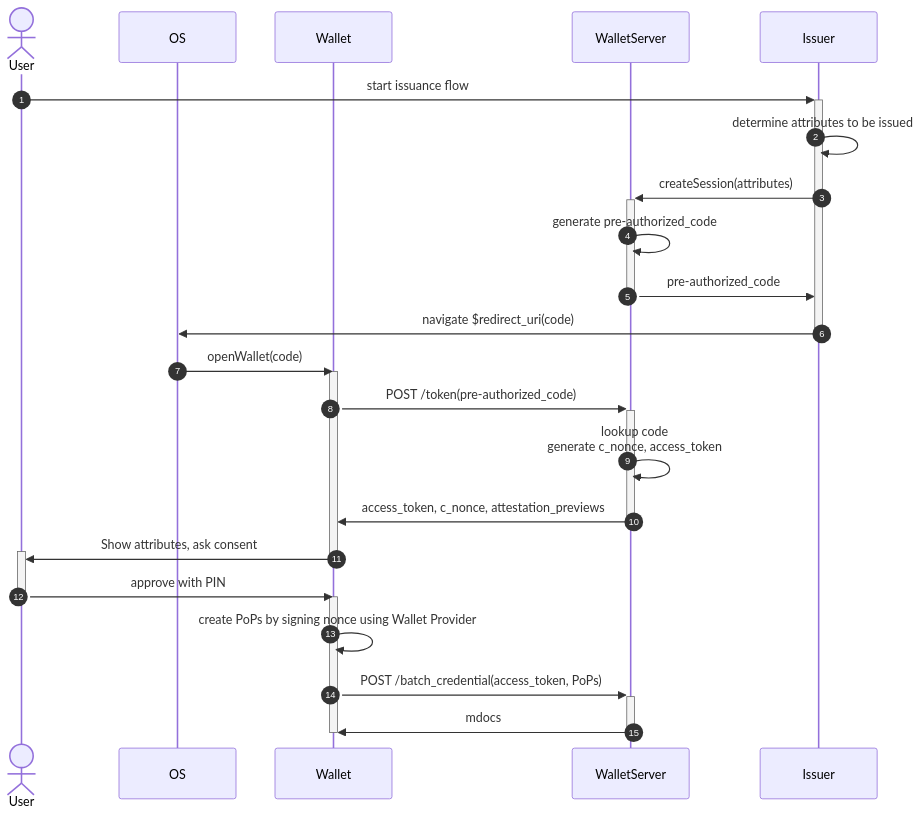
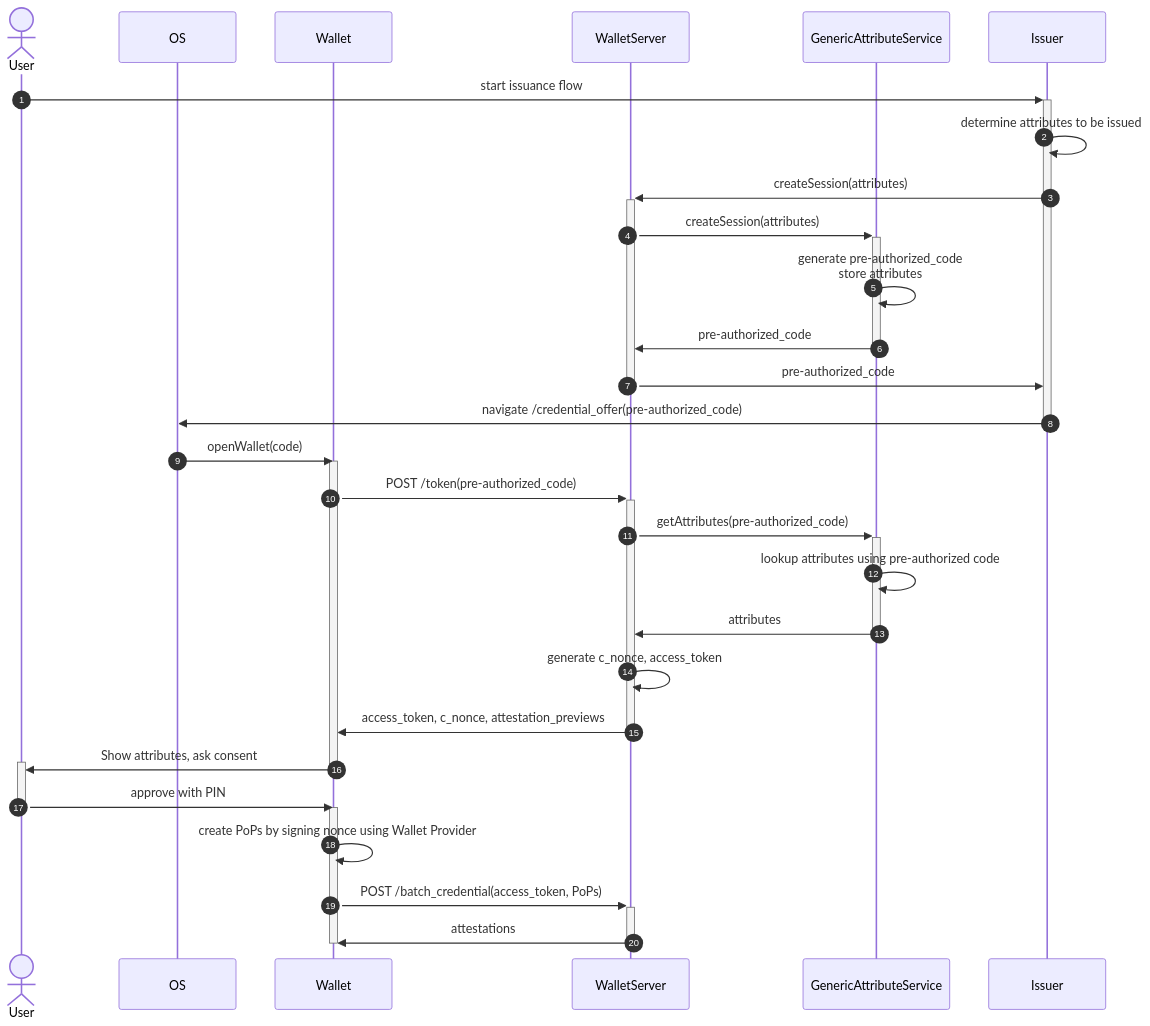
Before and after one commit to MinBZK/nl-wallet: the second of 2 diagrams in documentation/flows/openid.md, drawn with Mermaid. The commit also changed other lines of this file and 3 other files, not shown here.

````diff
--- a/documentation/flows/openid.md
+++ b/documentation/flows/openid.md
@@ -169,30 +64,36 @@
 ```mermaid
 sequenceDiagram
     autonumber
 
     actor User
     participant OS
     participant Wallet
     participant WalletServer
+    participant GenericAttributeService
     participant Issuer
 
     User->>+Issuer: start issuance flow
     Issuer->>Issuer: determine attributes to be issued
     Issuer->>+WalletServer: createSession(attributes)
-    WalletServer->>WalletServer: generate pre-authorized_code
+    WalletServer->>+GenericAttributeService: createSession(attributes)
+    GenericAttributeService->>GenericAttributeService: generate pre-authorized_code<br/>store attributes
+    GenericAttributeService->>-WalletServer: pre-authorized_code
     WalletServer->>-Issuer: pre-authorized_code
-    Issuer->>-OS: navigate $redirect_uri(code)
+    Issuer->>-OS: navigate /credential_offer(pre-authorized_code)
     OS->>Wallet: openWallet(code)
     activate Wallet
         Wallet->>+WalletServer: POST /token(pre-authorized_code)
-        WalletServer->>WalletServer: lookup code<br/>generate c_nonce, access_token
+        WalletServer->>+GenericAttributeService: getAttributes(pre-authorized_code)
+        GenericAttributeService->>GenericAttributeService: lookup attributes using pre-authorized code
+        GenericAttributeService->>-WalletServer: attributes
+        WalletServer->>WalletServer: generate c_nonce, access_token
         WalletServer->>-Wallet: access_token, c_nonce, attestation_previews
         Wallet->>+User: Show attributes, ask consent
     deactivate Wallet
     User->>-Wallet: approve with PIN
     activate Wallet
         Wallet->>Wallet: create PoPs by signing nonce using Wallet Provider
     Wallet->>+WalletServer: POST /batch_credential(access_token, PoPs)
-    WalletServer->>-Wallet: mdocs
+    WalletServer->>-Wallet: attestations
     deactivate Wallet
 ```
````
